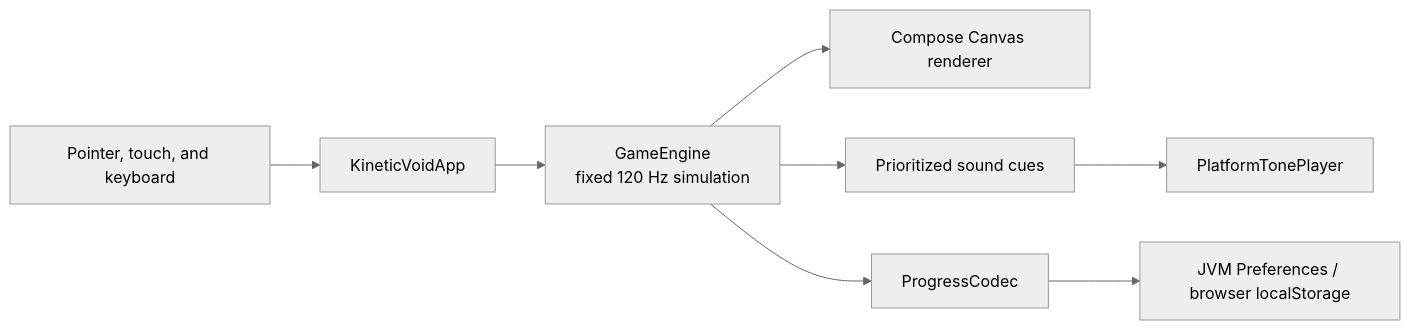
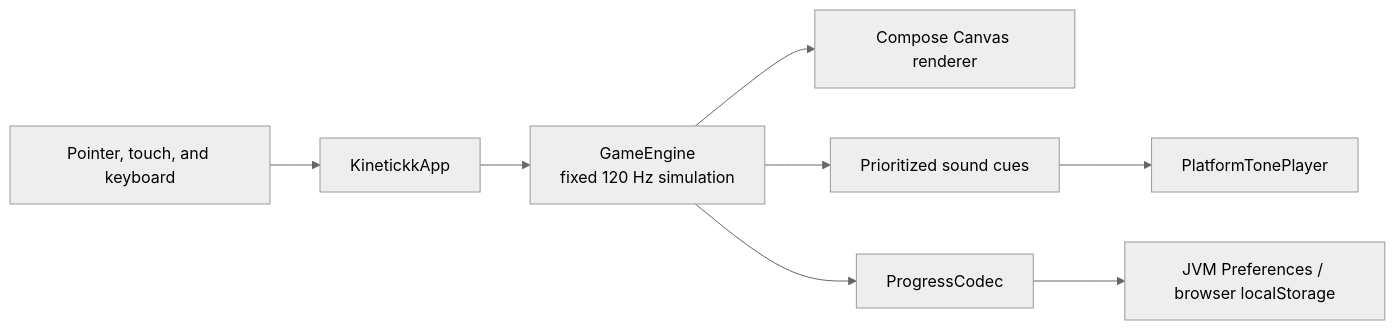
One commit to 4wl2d/KINETICKK changed the diagram in docs/ARCHITECTURE.md. Above: the diagram before and after it, drawn with Mermaid (neutral theme). The commit also changed other lines of this file and 64 other files, not shown here.

````diff
--- a/docs/ARCHITECTURE.md
+++ b/docs/ARCHITECTURE.md
@@ -7,10 +7,10 @@
 ```mermaid
 flowchart LR
-    Input["Pointer, touch, and keyboard"] --> App["KineticVoidApp"]
+    Input["Pointer, touch, and keyboard"] --> App["KinetickkApp"]
     App --> Engine["GameEngine<br/>fixed 120 Hz simulation"]
     Engine --> Renderer["Compose Canvas renderer"]
     Engine --> Cues["Prioritized sound cues"]
     Cues --> Audio["PlatformTonePlayer"]
     Engine --> Codec["ProgressCodec"]
     Codec --> Storage["JVM Preferences / browser localStorage"]
 ```
````
